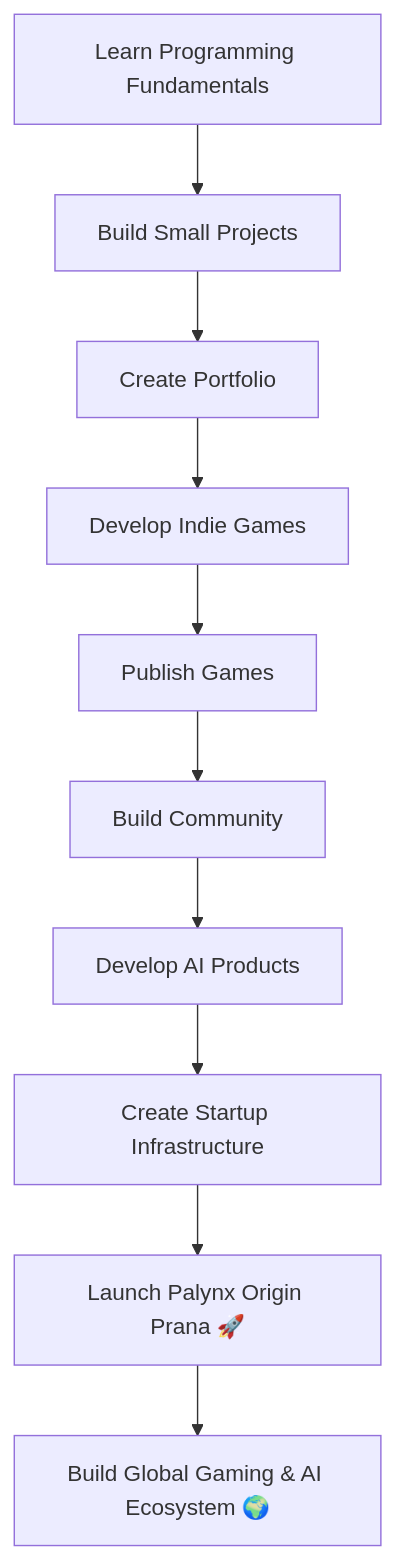
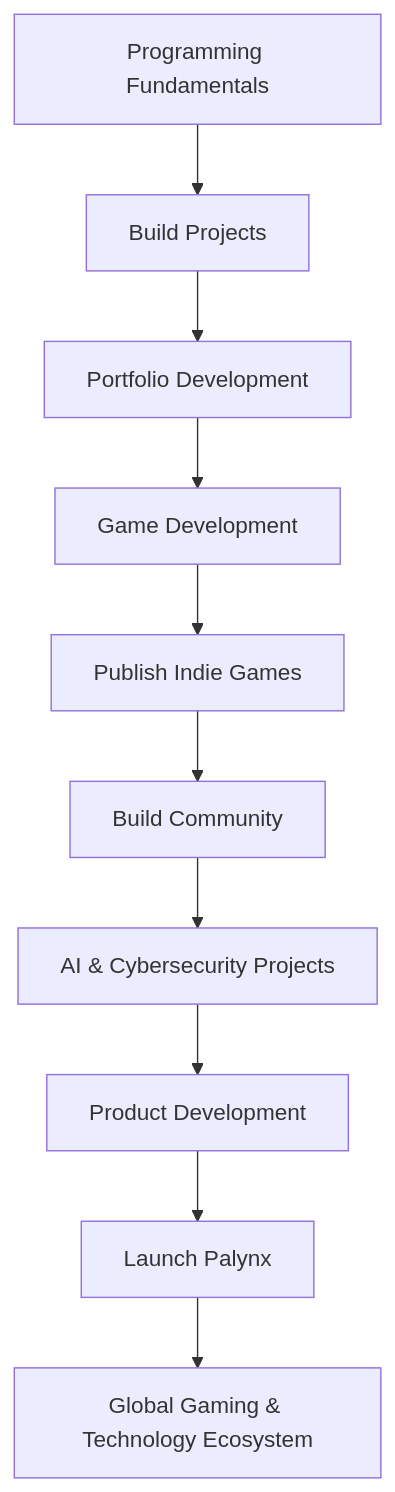
One commit to palakdhanotiya/palakdhanotiya changed the diagram in README.md. Above: the diagram before and after it, drawn with Mermaid. The commit also changed other lines of this file, not shown here.

````diff
--- a/README.md
+++ b/README.md
@@ -109,18 +155,21 @@
 ```mermaid
 graph TD
 
-A[Learn Programming Fundamentals] --> B[Build Small Projects]
+A[Programming Fundamentals] --> B[Build Projects]
 
-B --> C[Create Portfolio]
-C --> D[Develop Indie Games]
+B --> C[Portfolio Development]
 
-D --> E[Publish Games]
+C --> D[Game Development]
+
+D --> E[Publish Indie Games]
+
 E --> F[Build Community]
 
-F --> G[Develop AI Products]
-G --> H[Create Startup Infrastructure]
+F --> G[AI & Cybersecurity Projects]
 
-H --> I[Launch Palynx Origin Prana 🚀]
+G --> H[Product Development]
 
-I --> J[Build Global Gaming & AI Ecosystem 🌍]
+H --> I[Launch Palynx]
+
+I --> J[Global Gaming & Technology Ecosystem]
 ```
````
